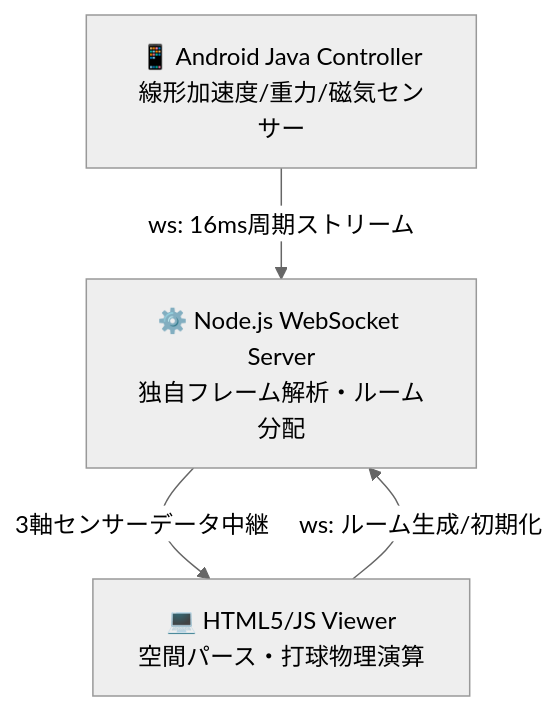
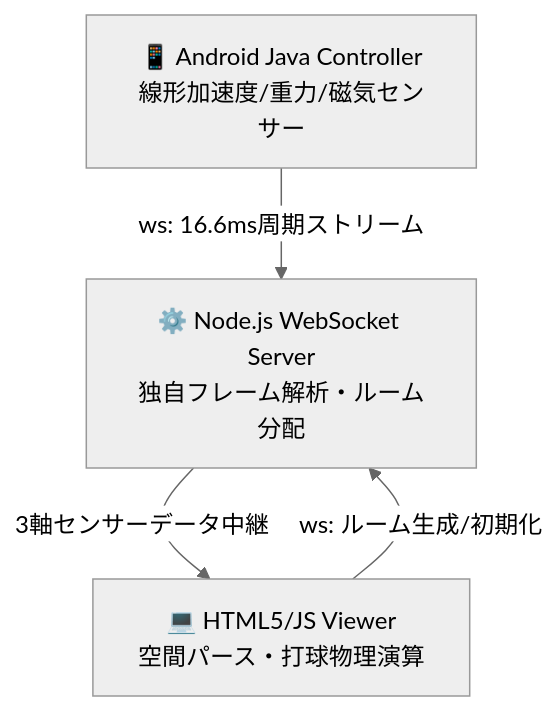
The diagram in README.md (yabusan2-dot/BattingGame), drawn with Mermaid (neutral theme) before and after one commit. The commit also changed other lines of this file, not shown here.

````diff
--- a/README.md
+++ b/README.md
@@ -18,6 +18,6 @@
 ```mermaid
 graph TD
-    A[📱 Android Java Controller<br>線形加速度/重力/磁気センサー] -- ws: 16ms周期ストリーム --> B[⚙️ Node.js WebSocket Server<br>独自フレーム解析・ルーム分配]
+    A[📱 Android Java Controller<br>線形加速度/重力/磁気センサー] -- ws: 16.6ms周期ストリーム --> B[⚙️ Node.js WebSocket Server<br>独自フレーム解析・ルーム分配]
     C[💻 HTML5/JS Viewer<br>空間パース・打球物理演算] -- ws: ルーム生成/初期化 --> B
     B -- 3軸センサーデータ中継 --> C
 ```
````
